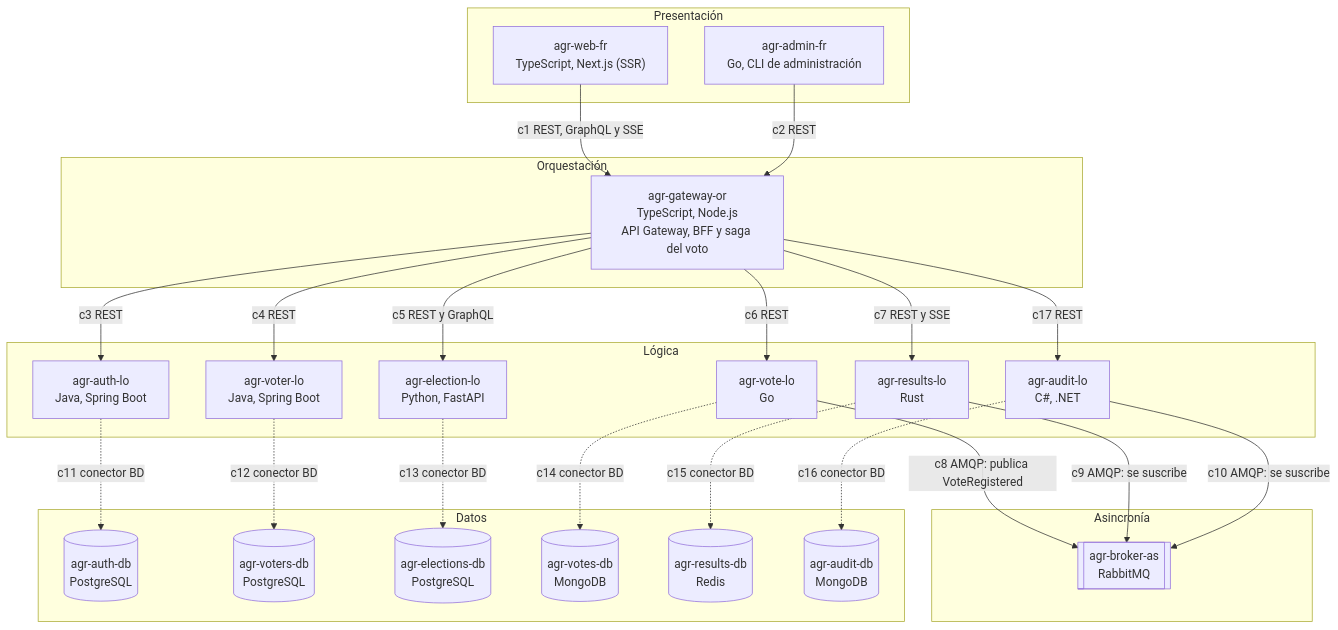
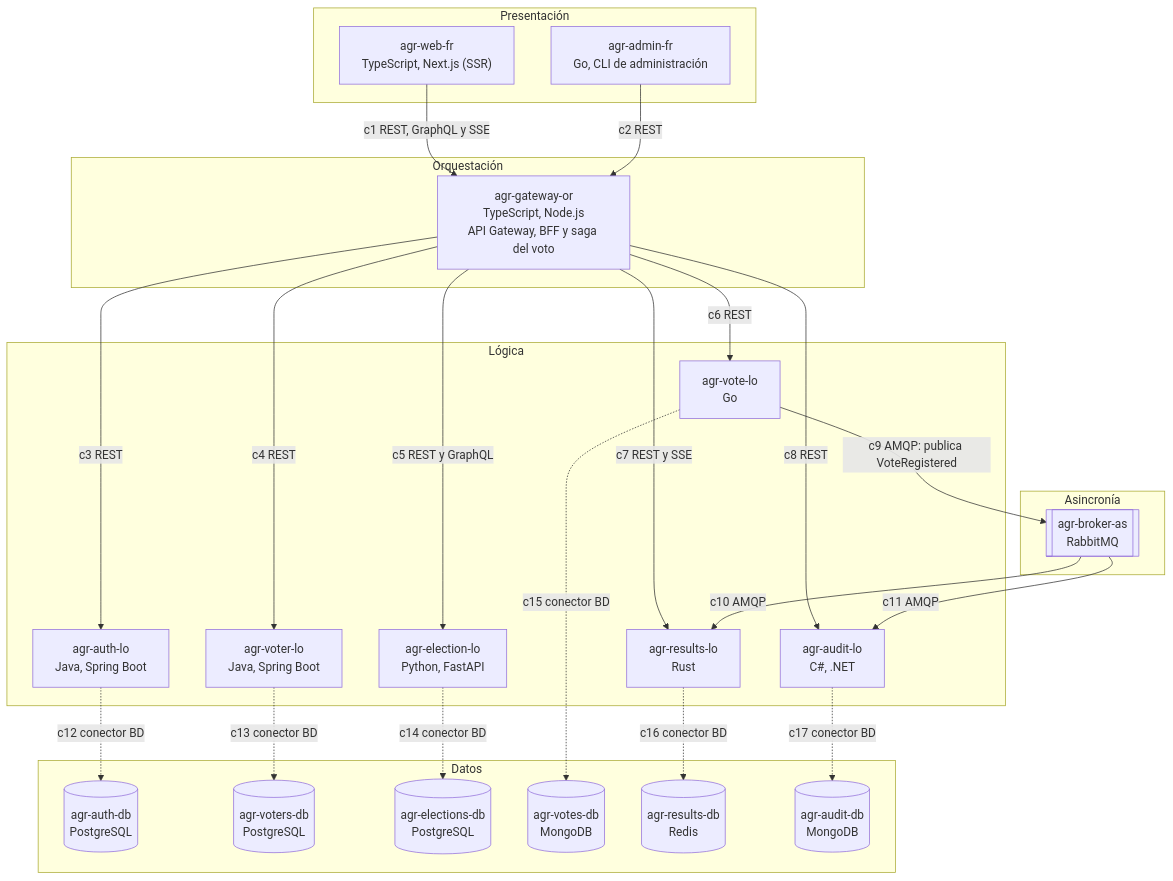
Before and after one commit to Cam152/ArquiSoft: the first of 4 diagrams in README.md, drawn with Mermaid. The commit also changed other lines of this file, not shown here.

````diff
--- a/README.md
+++ b/README.md
@@ -73,47 +80,47 @@
 ```mermaid
 flowchart TB
   subgraph PRES["Presentación"]
     WEB["agr-web-fr<br/>TypeScript, Next.js (SSR)"]
     ADM["agr-admin-fr<br/>Go, CLI de administración"]
   end
   subgraph ORQ["Orquestación"]
     GW["agr-gateway-or<br/>TypeScript, Node.js<br/>API Gateway, BFF y saga del voto"]
   end
   subgraph LOGI["Lógica"]
     AU["agr-auth-lo<br/>Java, Spring Boot"]
     VO["agr-voter-lo<br/>Java, Spring Boot"]
     EL["agr-election-lo<br/>Python, FastAPI"]
     VT["agr-vote-lo<br/>Go"]
     RS["agr-results-lo<br/>Rust"]
     AD["agr-audit-lo<br/>C#, .NET"]
   end
   subgraph ASIN["Asincronía"]
     BR[["agr-broker-as<br/>RabbitMQ"]]
   end
   subgraph DATA["Datos"]
     ADB[("agr-auth-db<br/>PostgreSQL")]
     VDB[("agr-voters-db<br/>PostgreSQL")]
     EDB[("agr-elections-db<br/>PostgreSQL")]
     TDB[("agr-votes-db<br/>MongoDB")]
     RDB[("agr-results-db<br/>Redis")]
     UDB[("agr-audit-db<br/>MongoDB")]
   end
 
   WEB -- "c1 REST, GraphQL y SSE" --> GW
   ADM -- "c2 REST" --> GW
   GW -- "c3 REST" --> AU
   GW -- "c4 REST" --> VO
   GW -- "c5 REST y GraphQL" --> EL
   GW -- "c6 REST" --> VT
   GW -- "c7 REST y SSE" --> RS
-  GW -- "c17 REST" --> AD
-  VT -- "c8 AMQP: publica VoteRegistered" --> BR
-  RS -- "c9 AMQP: se suscribe" --> BR
-  AD -- "c10 AMQP: se suscribe" --> BR
-  AU -. "c11 conector BD" .-> ADB
-  VO -. "c12 conector BD" .-> VDB
-  EL -. "c13 conector BD" .-> EDB
-  VT -. "c14 conector BD" .-> TDB
-  RS -. "c15 conector BD" .-> RDB
-  AD -. "c16 conector BD" .-> UDB
+  GW -- "c8 REST" --> AD
+  VT -- "c9 AMQP: publica VoteRegistered" --> BR
+  BR -- "c10 AMQP" --> RS
+  BR -- "c11 AMQP" --> AD
+  AU -. "c12 conector BD" .-> ADB
+  VO -. "c13 conector BD" .-> VDB
+  EL -. "c14 conector BD" .-> EDB
+  VT -. "c15 conector BD" .-> TDB
+  RS -. "c16 conector BD" .-> RDB
+  AD -. "c17 conector BD" .-> UDB
 ```
````
